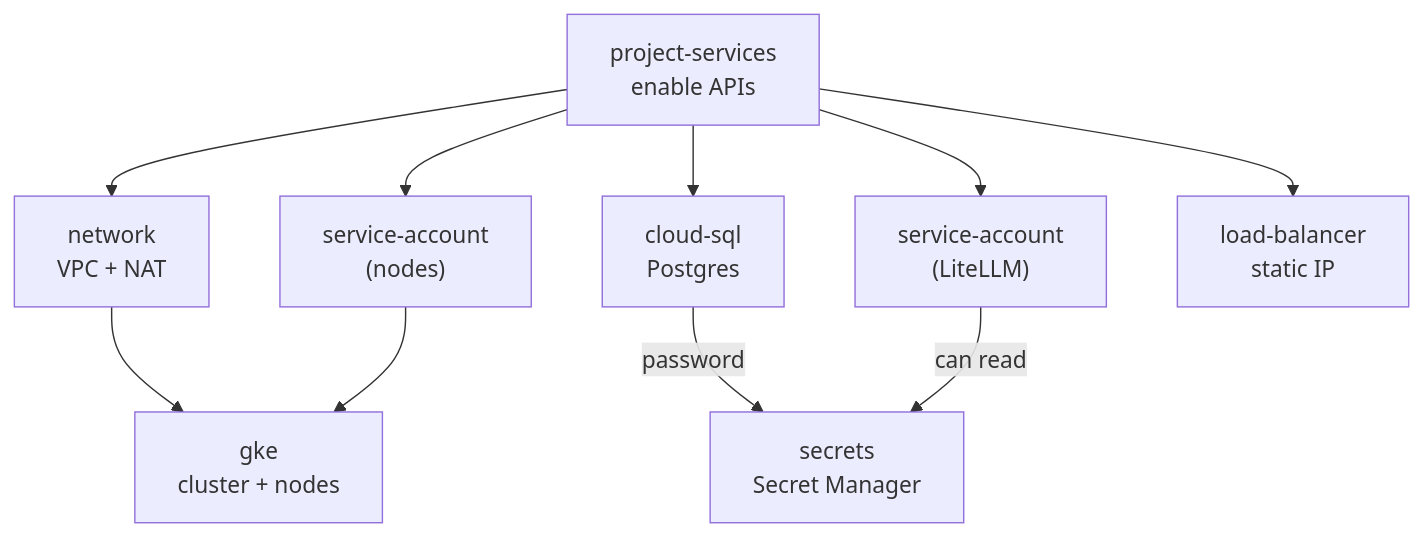
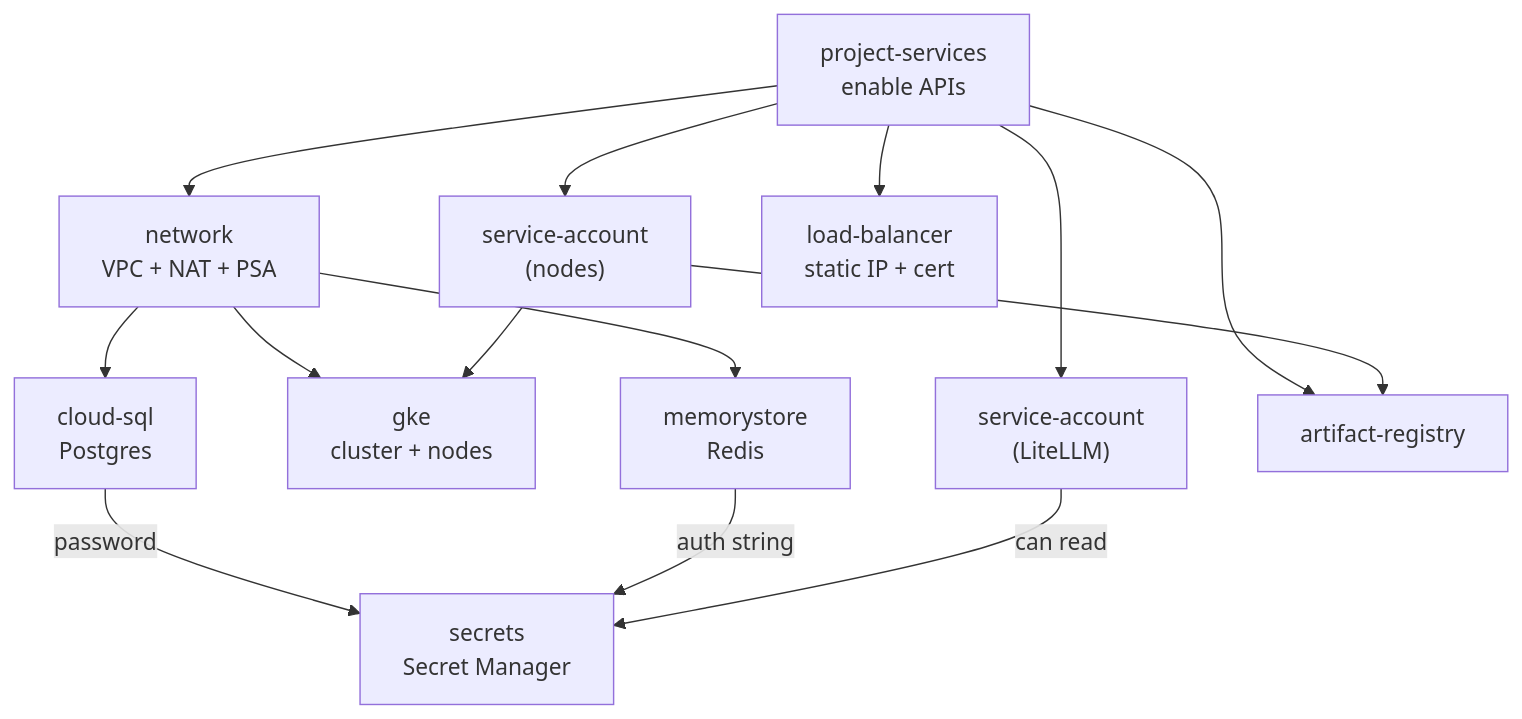
Before and after one commit to zessam/terraforge-inference: the fourth of 4 diagrams in terraform/README.md, drawn with Mermaid. The commit also changed other lines of this file and 5 other files, not shown here.

````diff
--- a/terraform/README.md
+++ b/terraform/README.md
@@ -126,17 +180,20 @@
 ```mermaid
 flowchart TD
     ps["project-services<br/>enable APIs"]
-    net["network<br/>VPC + NAT"]
+    net["network<br/>VPC + NAT + PSA"]
     sa1["service-account<br/>(nodes)"]
     sa2["service-account<br/>(LiteLLM)"]
     gke["gke<br/>cluster + nodes"]
     sql["cloud-sql<br/>Postgres"]
+    redis["memorystore<br/>Redis"]
+    ar["artifact-registry"]
     sec["secrets<br/>Secret Manager"]
-    lb["load-balancer<br/>static IP"]
+    lb["load-balancer<br/>static IP + cert"]
 
-    ps --> net & sa1 & sa2 & sql & lb
-    net --> gke
-    sa1 --> gke
+    ps --> net & sa1 & sa2 & ar & lb
+    net --> gke & sql & redis
+    sa1 --> gke & ar
     sql -->|password| sec
+    redis -->|auth string| sec
     sa2 -->|can read| sec
 ```
````
